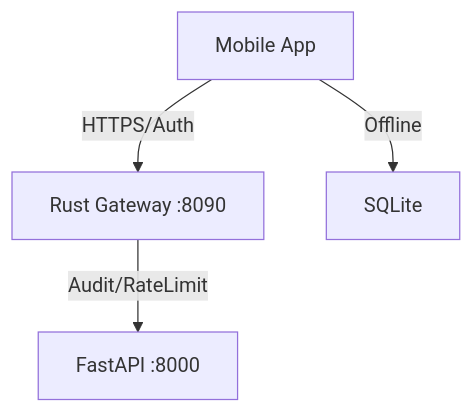
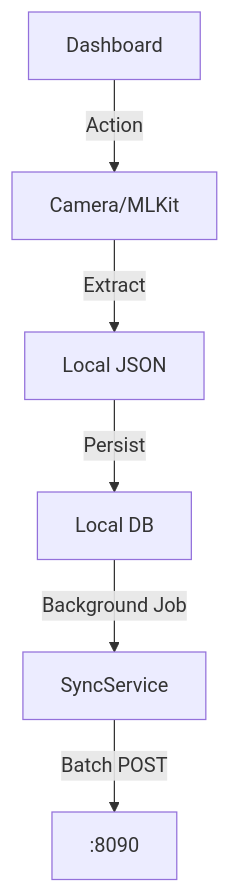
The diagram in documentation/Architecture_Stack/native.md (internetartsy/JK), drawn with Mermaid before and after one commit. The commit also changed other lines of this file and 5 other files, not shown here.

Commit message:
docs: Update all 6 architecture stack documents with detailed logical flows and JSON schemas

````diff
--- a/documentation/Architecture_Stack/native.md
+++ b/documentation/Architecture_Stack/native.md
@@ -7,6 +9,9 @@
 ```mermaid
 graph TD
-    Device[Mobile App] -->|HTTPS/Auth| RustGW[Rust Gateway :8090]
-    RustGW -->|Audit/RateLimit| API[FastAPI :8000]
-    Device -->|Offline| SQL[SQLite]
+    UI[Dashboard] -->|Action| OCR[Camera/MLKit]
+    OCR -->|Extract| JSON[Local JSON]
+    JSON -->|Persist| SQLite[Local DB]
+    
+    SQLite -->|Background Job| SyncService
+    SyncService -->|Batch POST| Gateway[:8090]
 ```
````
